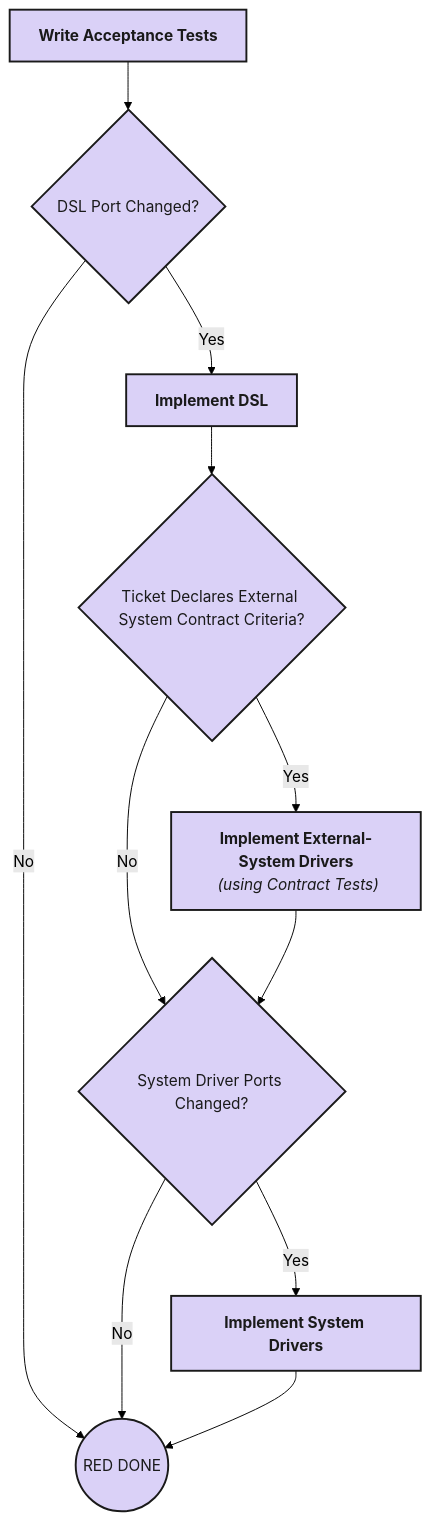
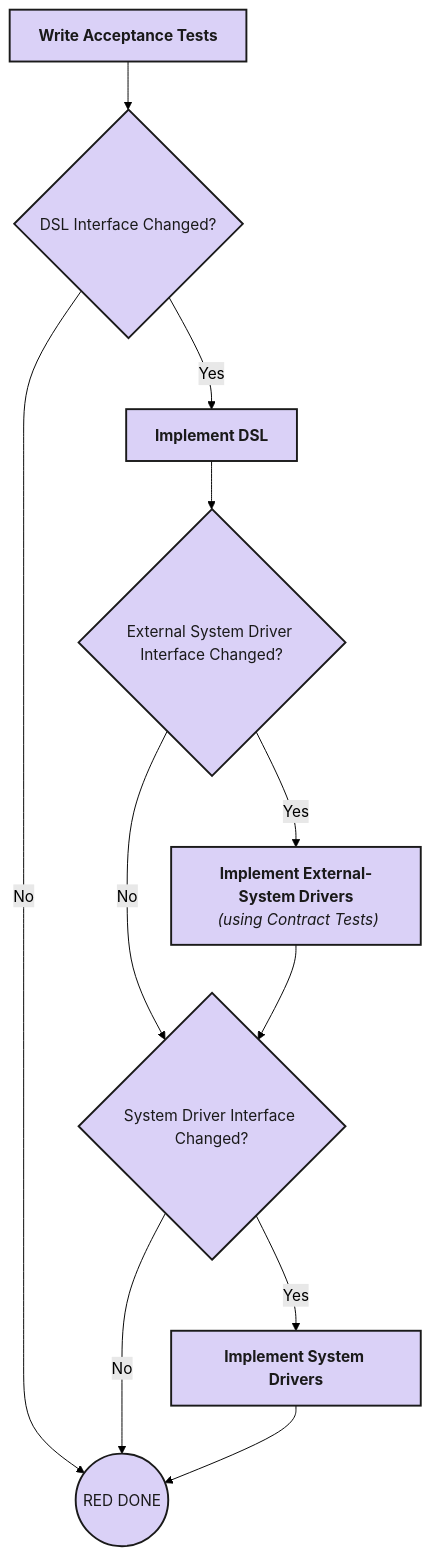
Before and after one commit to optivem/gh-optivem: the first of 3 diagrams in README.md, drawn with Mermaid (forest theme). The commit also changed other lines of this file, not shown here.

````diff
--- a/README.md
+++ b/README.md
@@ -87,25 +84,25 @@
 ```mermaid
 flowchart TD
     A["<b>Write Acceptance Tests</b>"]
-    B{"DSL Port Changed?"}
+    B{"DSL Interface Changed?"}
     C["<b>Implement DSL</b>"]
-    D{"Ticket Declares External System Contract Criteria?"}
+    D{"External System Driver Interface Changed?"}
     E["<b>Implement External-System Drivers</b><br/><i> (using Contract Tests)</i>"]
-    F{"System Driver Ports Changed?"}
+    F{"System Driver Interface Changed?"}
     G["<b>Implement System Drivers</b>"]
     Z(("RED DONE"))
 
     A --> B
     B -->|Yes| C
     B -->|No| Z
     C --> D
     D -->|Yes| E
     D -->|No| F
     E --> F
     F -->|Yes| G
     F -->|No| Z
     G --> Z
 
     classDef step fill:#DAD1F7,stroke:#1a1a1a,stroke-width:2px,color:#1a1a1a
     class A,B,C,D,E,F,G,Z step
 ```
````
